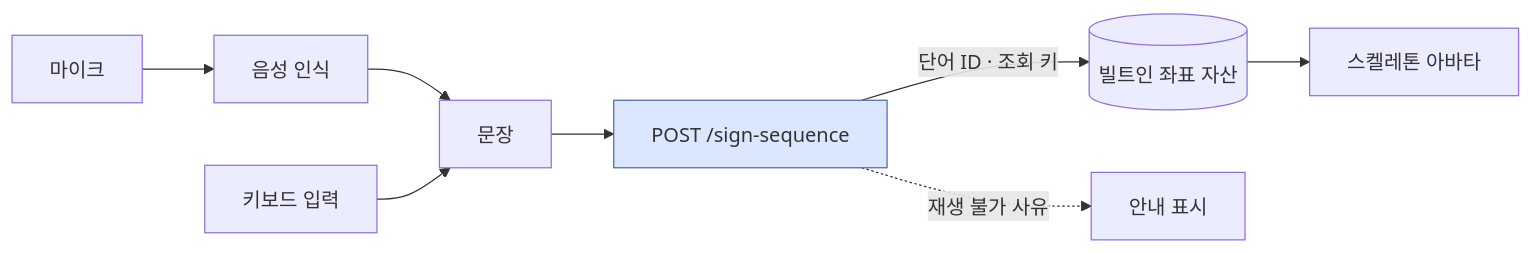
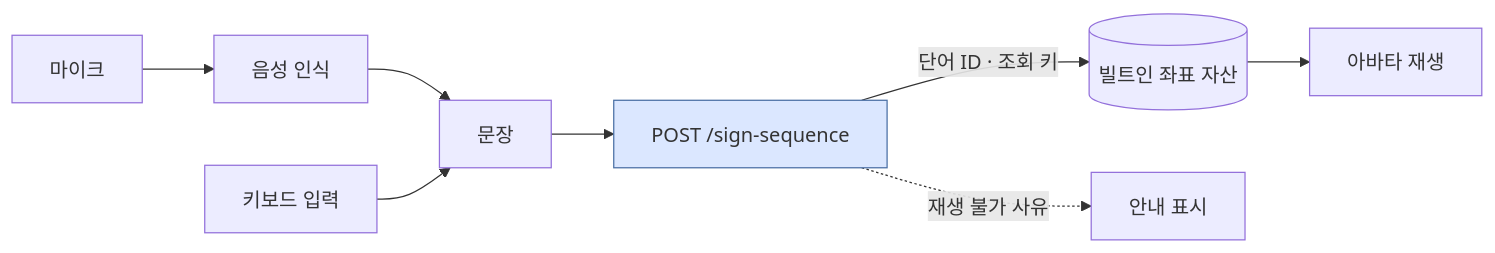
The second of 6 diagrams in README.md (Ear-Dream/Ear-Dream-Core), drawn with Mermaid before and after one commit. The commit also changed other lines of this file and 1 other file, not shown here.

First line of the commit message:
docs: 아바타 교체·형태소 분해에 맞춰 낡은 서술 정리

````diff
--- a/README.md
+++ b/README.md
@@ -56,13 +56,13 @@
 ```mermaid
 flowchart LR
   MIC["마이크"] --> STT["음성 인식"]
   STT --> SENT2["문장"]
   KBD["키보드 입력"] --> SENT2
   SENT2 --> SEQ["POST /sign-sequence"]
   SEQ -->|"단어 ID · 조회 키"| ASSET[("빌트인 좌표 자산")]
-  ASSET --> AVATAR["스켈레톤 아바타"]
+  ASSET --> AVATAR["아바타 재생"]
   SEQ -.->|"재생 불가 사유"| MISS["안내 표시"]
 
   classDef server fill:#dbe7ff,stroke:#4a6fa5
   class SEQ server
 ```
````
